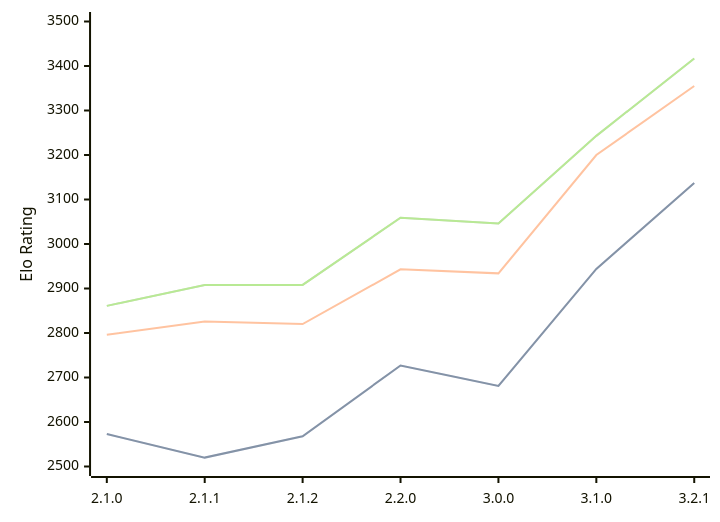
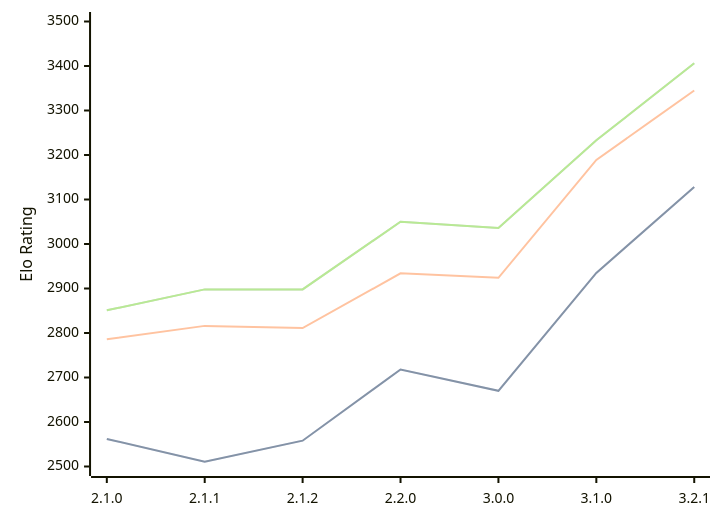
The diagram in engines/Prune.md (computer-chess-index/cci), drawn with Mermaid before and after one commit. The commit also changed other lines of this file, not shown here.

Commit message:
Update CCI Ratings (ELO VLTC) - 2026-03-19

````diff
--- a/engines/Prune.md
+++ b/engines/Prune.md
@@ -40,11 +40,11 @@
 ```mermaid
 %%{init: {"theme":"base","themeVariables":{"seriesColors:['#a3a3a3','#222221','#faa371']}}}%%
 xychart-beta
   x-axis ["2.1.0", "2.1.1", "2.1.2", "2.2.0", "3.0.0", "3.1.0", "3.2.1"]
   y-axis "Elo Rating" 2500 --> 3500
-  line "STC (8.0+0.08s)" [2573, 2520, 2568, 2727, 2681, 2944, 3137]
-  line "STC (8.0+0.08s)" [2573, 2520, 2568, 2727, 2681, 2944, 3137]
-  line "LTC (60.0+0.60s)" [2796, 2826, 2820, 2943, 2934, 3200, 3355]
-  line "VLTC (2m24s+1.12s)" [2861, 2908, 2908, 3059, 3046, 3243, 3417]
-  line "VLTC (2m24s+1.12s)" [2861, 2908, 2908, 3059, 3046, 3243, 3417]
+  line "STC (8.0+0.08s)" [2562, 2511, 2558, 2718, 2670, 2935, 3128]
+  line "STC (8.0+0.08s)" [2562, 2511, 2558, 2718, 2670, 2935, 3128]
+  line "LTC (60.0+0.60s)" [2786, 2816, 2811, 2934, 2924, 3189, 3345]
+  line "VLTC (2m24s+1.12s)" [2851, 2898, 2898, 3050, 3036, 3233, 3406]
+  line "VLTC (2m24s+1.12s)" [2851, 2898, 2898, 3050, 3036, 3233, 3406]
 ```
````
